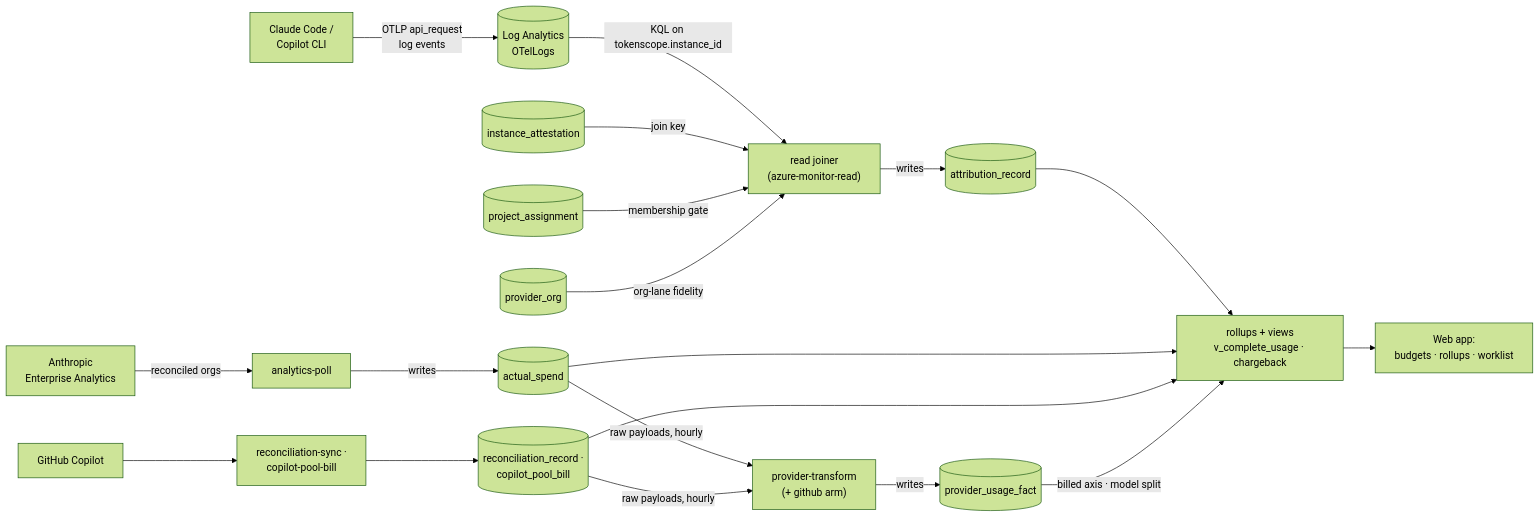
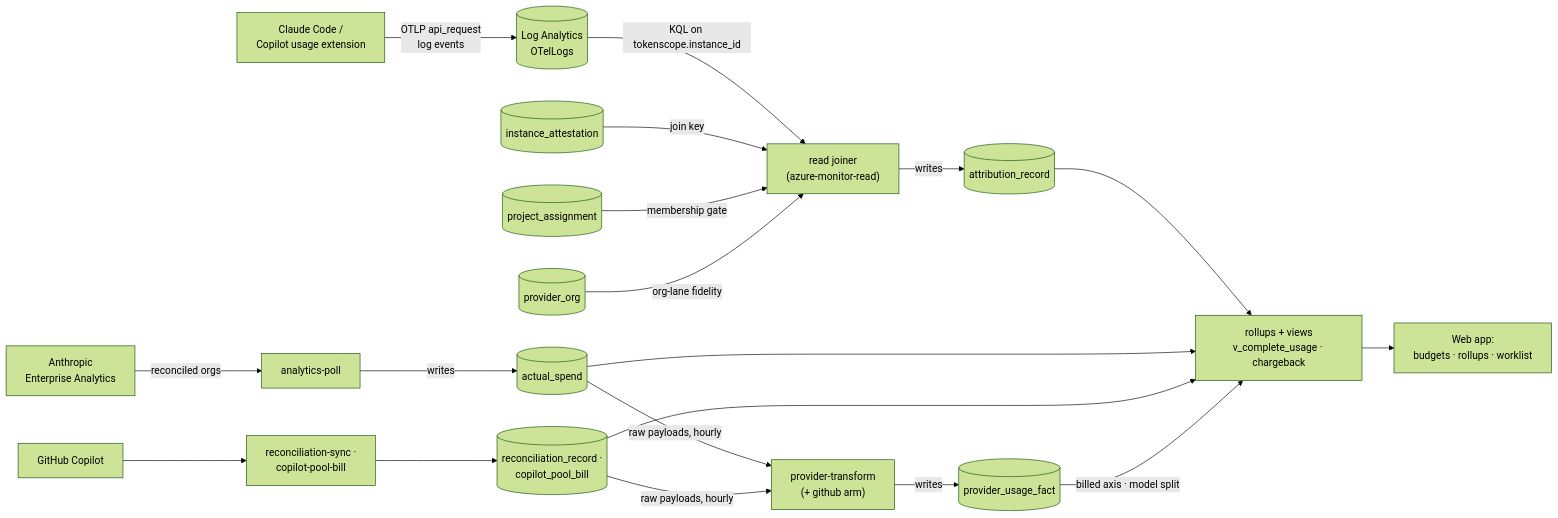
One commit to Insight-Services-APAC/tokenscope-public changed the second of 3 diagrams in docs/wiki/Architecture.md. Above: the diagram before and after it, drawn with Mermaid (forest theme). The commit also changed other lines of this file and 66 other files, not shown here.

````diff
--- a/docs/wiki/Architecture.md
+++ b/docs/wiki/Architecture.md
@@ -91,24 +88,24 @@
 ```mermaid
 flowchart LR
-    CC["Claude Code /<br/>Copilot CLI"] -->|"OTLP api_request<br/>log events"| LAW[("Log Analytics<br/>OTelLogs")]
+    CC["Claude Code /<br/>Copilot usage extension"] -->|"OTLP api_request<br/>log events"| LAW[("Log Analytics<br/>OTelLogs")]
     LAW -->|"KQL on tokenscope.instance_id"| RJ["read joiner<br/>(azure-monitor-read)"]
 
     SA[("instance_attestation")] -->|join key| RJ
     PA[("project_assignment")] -->|membership gate| RJ
     PO[("provider_org")] -->|org-lane fidelity| RJ
 
     RJ -->|writes| AR[("attribution_record")]
 
     ANT["Anthropic<br/>Enterprise Analytics"] -->|"reconciled orgs"| AP["analytics-poll"]
     AP -->|writes| AS[("actual_spend")]
 
     GH["GitHub Copilot"] --> RS["reconciliation-sync ·<br/>copilot-pool-bill"]
     RS --> RR[("reconciliation_record ·<br/>copilot_pool_bill")]
 
     AS & RR -->|"raw payloads, hourly"| PT["provider-transform<br/>(+ github arm)"]
     PT -->|writes| PUF[("provider_usage_fact")]
 
     AR & AS & RR --> AGG["rollups + views<br/>v_complete_usage · chargeback"]
     PUF -->|"billed axis · model split"| AGG
     AGG --> WEB["Web app:<br/>budgets · rollups · worklist"]
 ```
````
